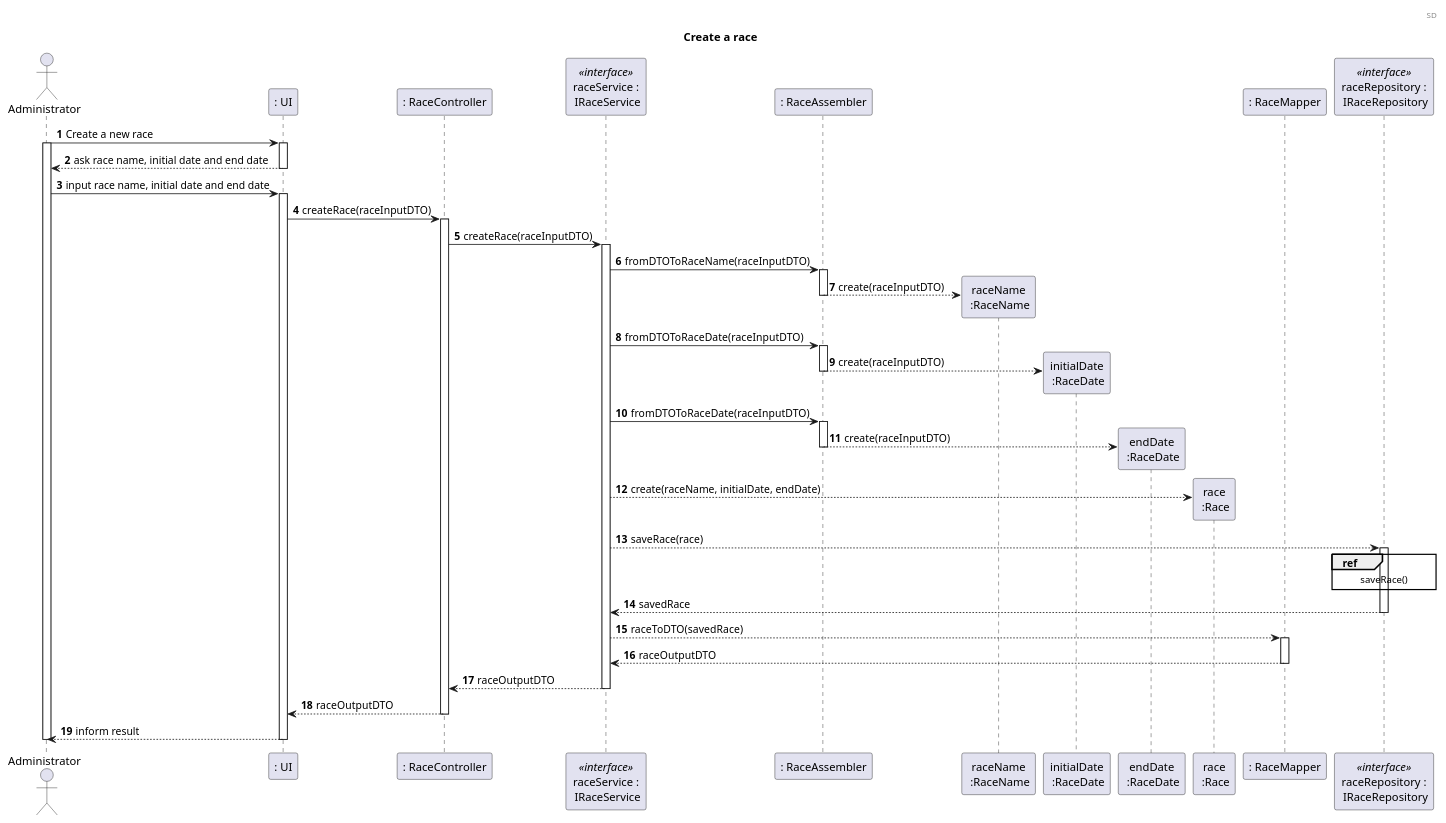
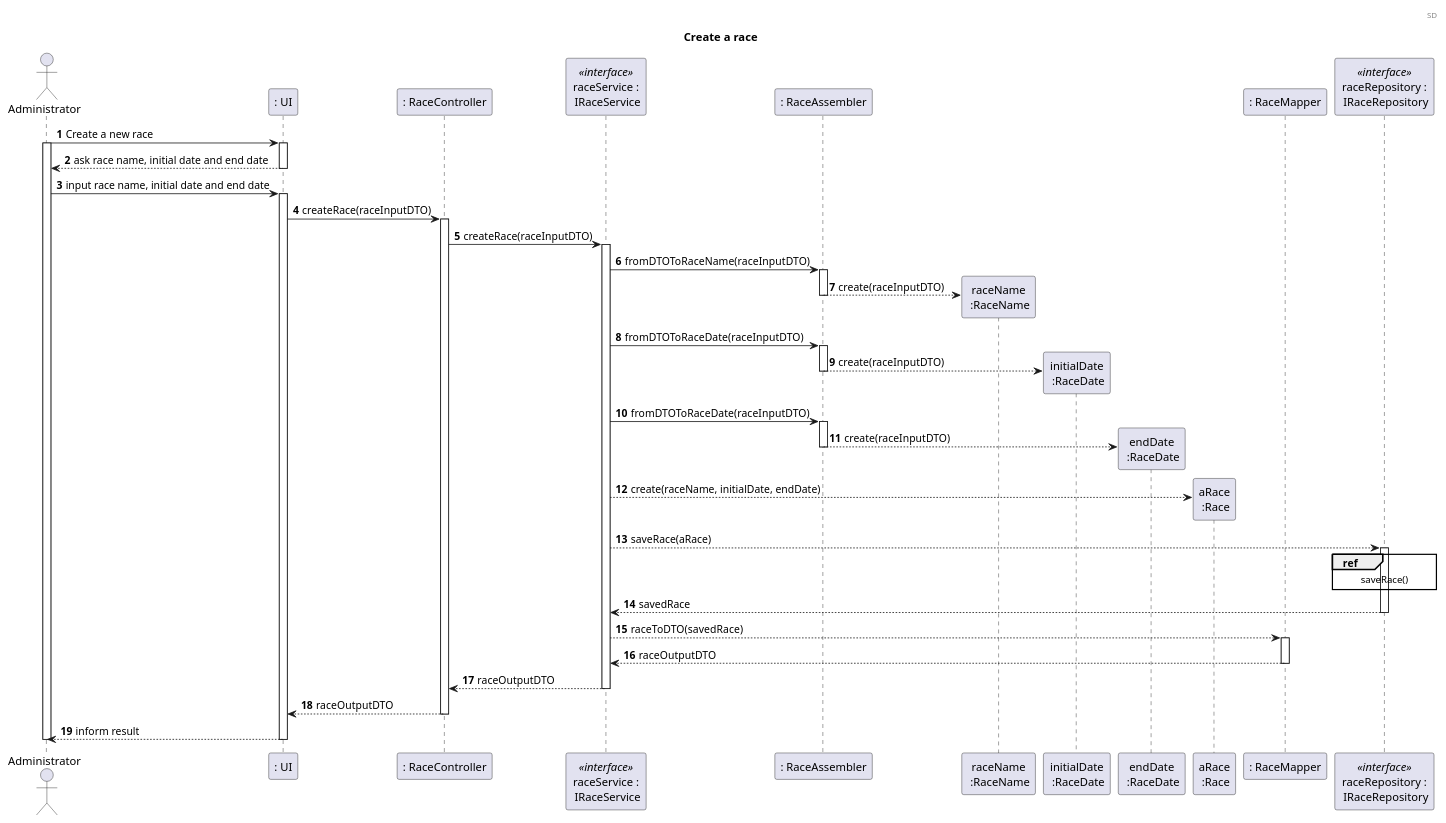
One commit to FilipaBorges94/Bicycles changed the third of 5 diagrams in docs/user_stories/US01_Create_Race.md. Above: the diagram before and after it, drawn with PlantUML. The commit also changed other lines of this file, not shown here.

```diff
--- a/docs/user_stories/US01_Create_Race.md
+++ b/docs/user_stories/US01_Create_Race.md
@@ -138,7 +136,7 @@
 participant "raceName\n :RaceName" as raceName
 participant "initialDate\n :RaceDate" as initDate
 participant "endDate\n :RaceDate" as endDate
-participant "race\n :Race" as R
+participant "aRace\n :Race" as R
 participant ": RaceMapper" as RM
 participant "raceRepository :\n IRaceRepository" as RR <<interface>>
 
@@ -176,7 +174,7 @@
 
 RS --> R **: create(raceName, initialDate, endDate)
 
-RS --> RR : saveRace(race)
+RS --> RR : saveRace(aRace)
 activate RR
 
 ref over RR
```
